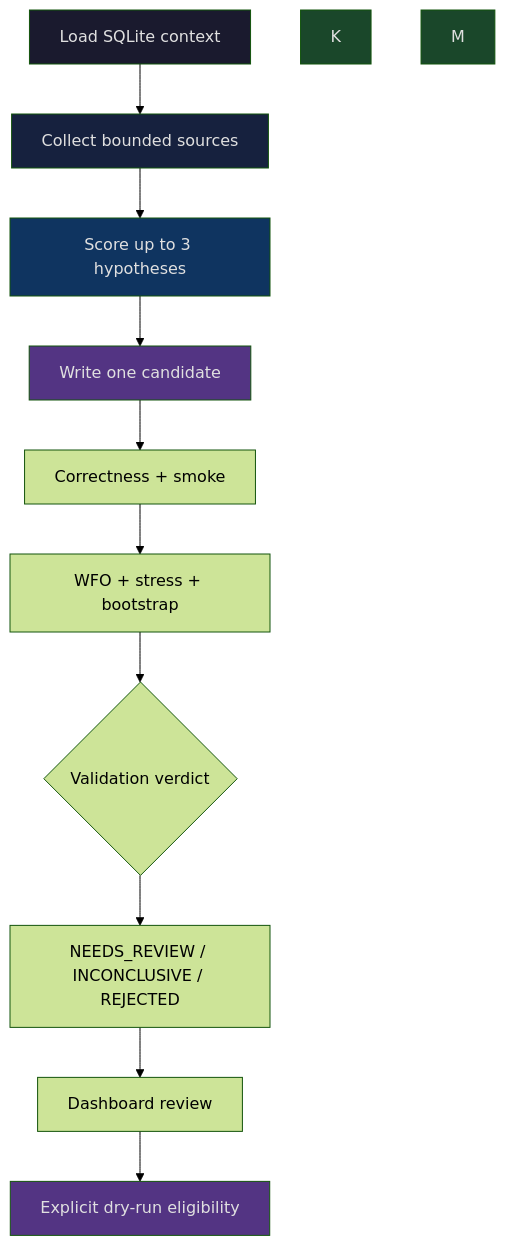
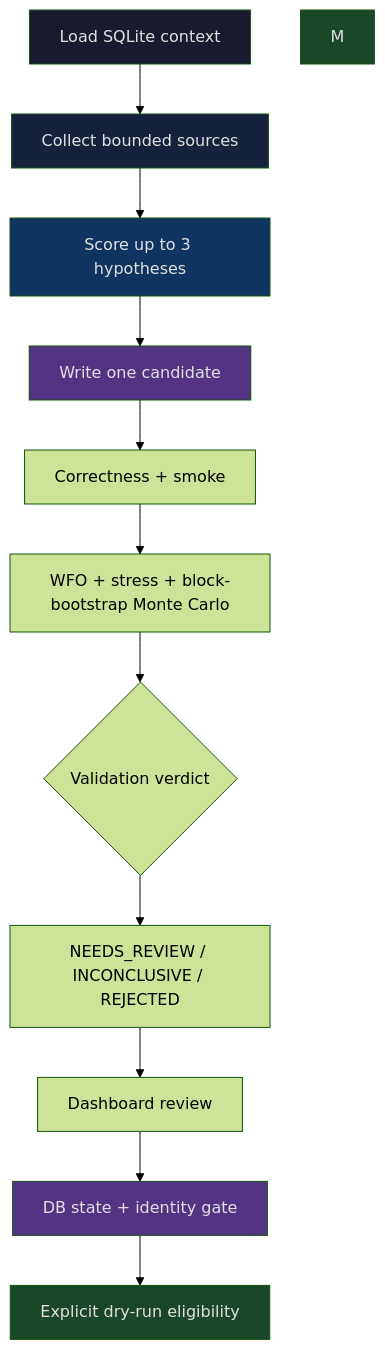
The first of 2 diagrams in README.md (ltdthanhdat/freqtrade-auto-trading-research), drawn with Mermaid (forest theme) before and after one commit. The commit also changed other lines of this file and 26 other files, not shown here.

````diff
--- a/README.md
+++ b/README.md
@@ -41,20 +42,21 @@
 ```mermaid
 flowchart TD
     A[Load SQLite context] --> B[Collect bounded sources]
     B --> C[Score up to 3 hypotheses]
     C --> D[Write one candidate]
     D --> E[Correctness + smoke]
-    E --> F[WFO + stress + bootstrap]
+    E --> F[WFO + stress + block-bootstrap Monte Carlo]
     F --> G{Validation verdict}
     G --> H[NEEDS_REVIEW / INCONCLUSIVE / REJECTED]
     H --> I[Dashboard review]
-    I --> J[Explicit dry-run eligibility]
+    I --> J[DB state + identity gate]
+    J --> K[Explicit dry-run eligibility]
 
     style A fill:#1a1a2e,color:#e0e0e0
     style B fill:#16213e,color:#e0e0e0
     style C fill:#0f3460,color:#e0e0e0
     style D fill:#533483,color:#e0e0e0
     style J fill:#533483,color:#e0e0e0
     style K fill:#1a472a,color:#e0e0e0
     style M fill:#1a472a,color:#e0e0e0
 ```
````
